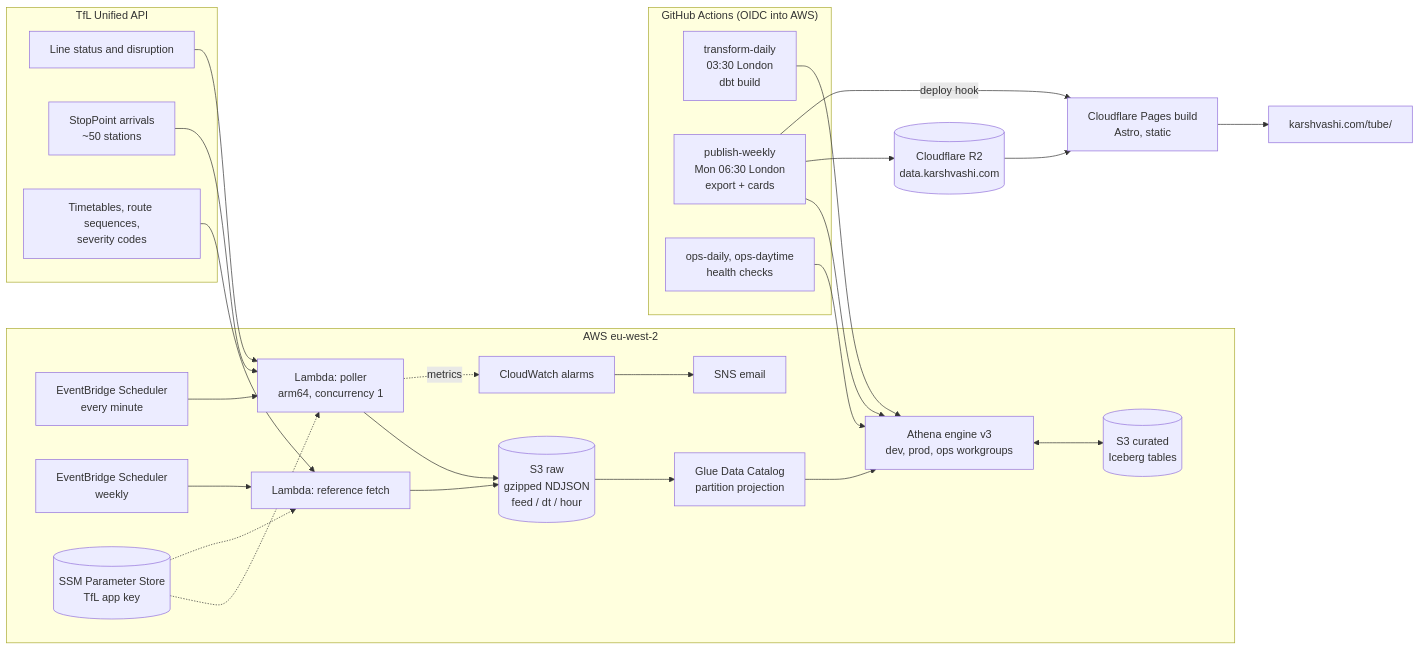
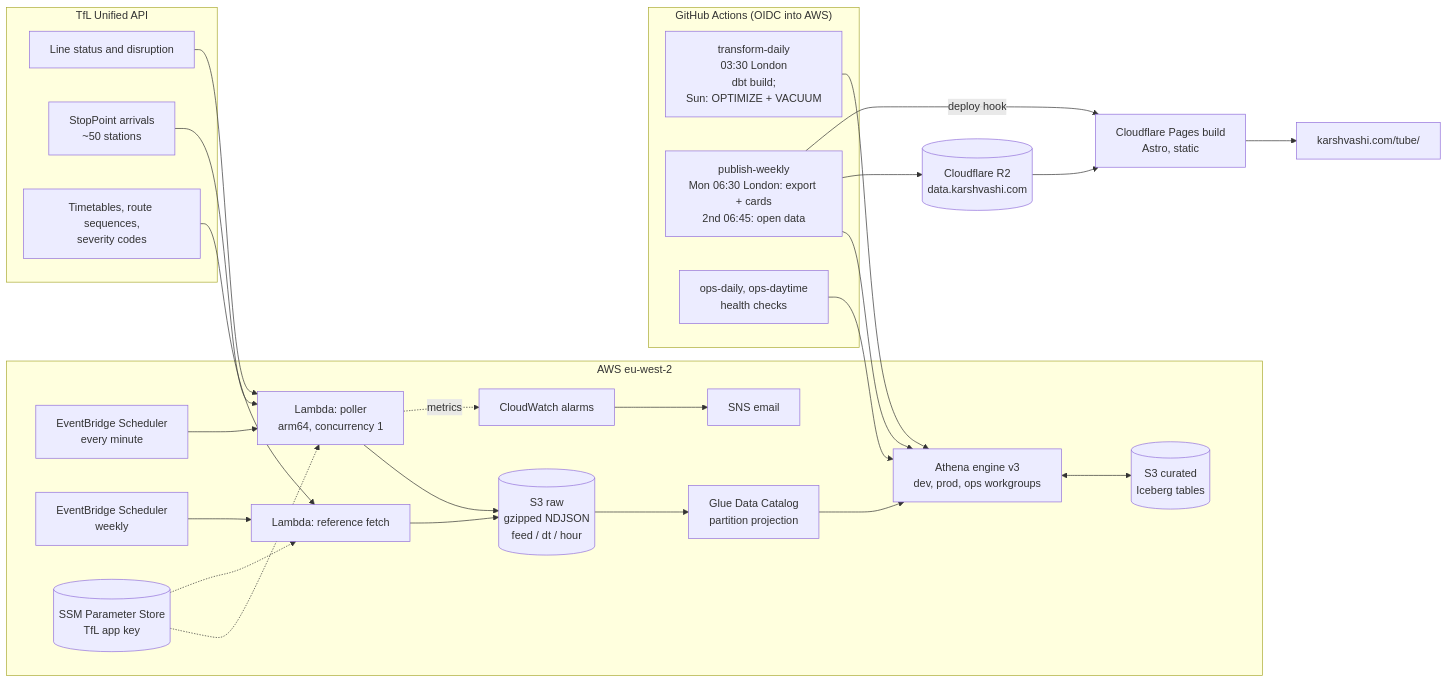
One commit to KarshVashi/mind-the-data changed the diagram in docs/architecture.md. Above: the diagram before and after it, drawn with Mermaid. The commit also changed other lines of this file and 97 other files, not shown here.

````diff
--- a/docs/architecture.md
+++ b/docs/architecture.md
@@ -7,36 +7,36 @@
 ```mermaid
 flowchart LR
   subgraph TfL["TfL Unified API"]
     S[Line status and disruption]
     A[StopPoint arrivals<br/>~50 stations]
     R[Timetables, route sequences,<br/>severity codes]
   end
 
   subgraph AWS["AWS eu-west-2"]
     EB[EventBridge Scheduler<br/>every minute] --> P[Lambda: poller<br/>arm64, concurrency 1]
     EBW[EventBridge Scheduler<br/>weekly] --> RF[Lambda: reference fetch]
     SSM[(SSM Parameter Store<br/>TfL app key)] -.-> P
     SSM -.-> RF
     P --> RAW[(S3 raw<br/>gzipped NDJSON<br/>feed / dt / hour)]
     RF --> RAW
     RAW --> GC[Glue Data Catalog<br/>partition projection]
     GC --> ATH[Athena engine v3<br/>dev, prod, ops workgroups]
     ATH <--> ICE[(S3 curated<br/>Iceberg tables)]
     P -. metrics .-> CW[CloudWatch alarms] --> SNS[SNS email]
   end
 
   S --> P
   A --> P
   R --> RF
 
   subgraph GHA["GitHub Actions (OIDC into AWS)"]
-    TD[transform-daily<br/>03:30 London<br/>dbt build] --> ATH
-    PW[publish-weekly<br/>Mon 06:30 London<br/>export + cards] --> ATH
+    TD[transform-daily<br/>03:30 London<br/>dbt build;<br/>Sun: OPTIMIZE + VACUUM] --> ATH
+    PW[publish-weekly<br/>Mon 06:30 London: export + cards<br/>2nd 06:45: open data] --> ATH
     OPS[ops-daily, ops-daytime<br/>health checks] --> ATH
   end
 
   PW --> R2[(Cloudflare R2<br/>data.karshvashi.com)]
   PW -- deploy hook --> PAGES[Cloudflare Pages build<br/>Astro, static]
   R2 --> PAGES
   PAGES --> WEB[karshvashi.com/tube/]
 ```
````
